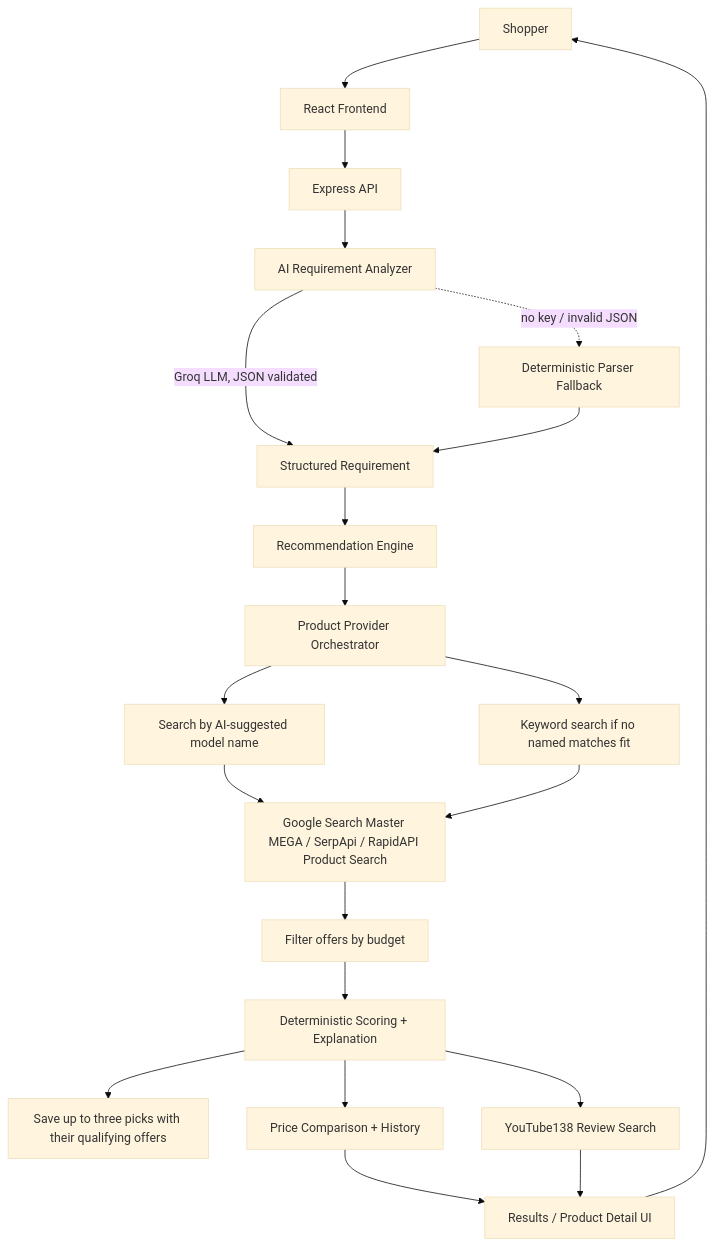
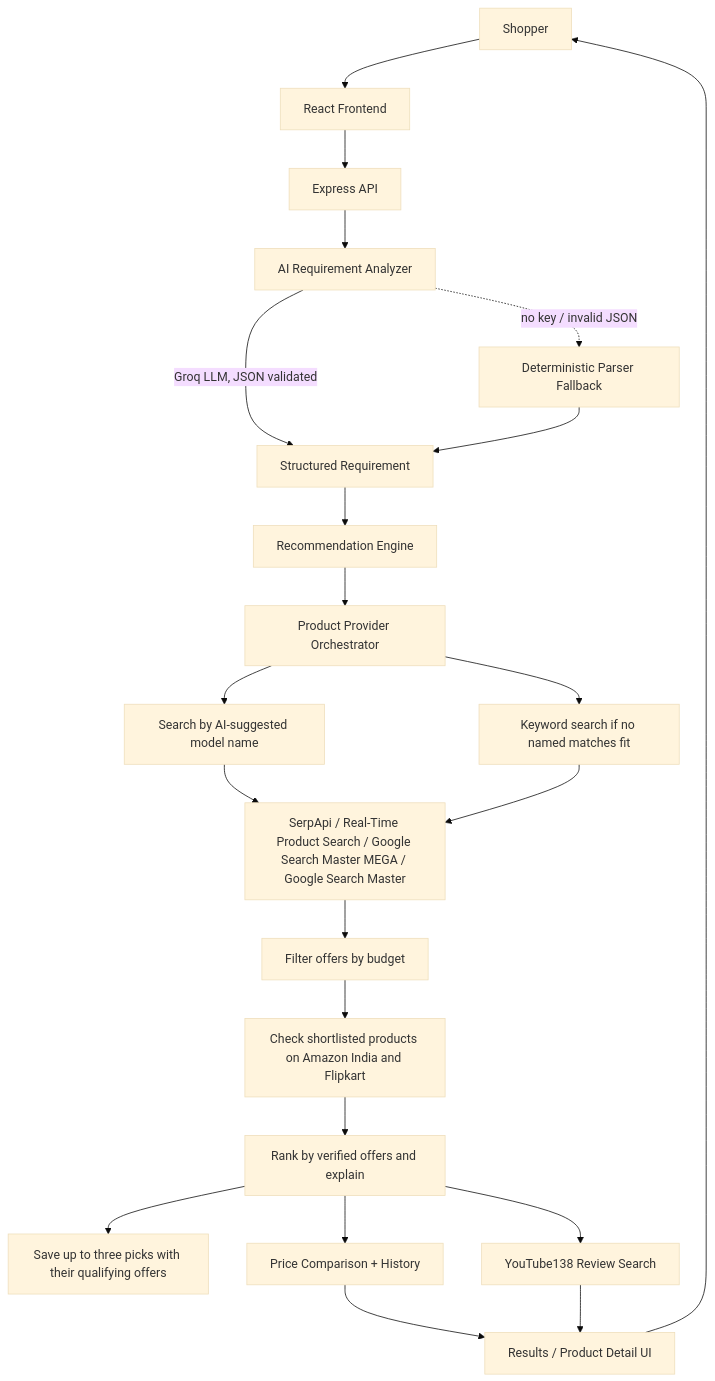
The diagram in README.md (sainathreddy2003/smart-buy), drawn with Mermaid (base theme) before and after one commit. The commit also changed other lines of this file and 21 other files, not shown here.

````diff
--- a/README.md
+++ b/README.md
@@ -74,23 +74,24 @@
 ```mermaid
 graph TD
     User[Shopper] --> FE[React Frontend]
     FE --> API[Express API]
     API --> AI[AI Requirement Analyzer]
     AI -->|Groq LLM, JSON validated| Struct[Structured Requirement]
     AI -.->|no key / invalid JSON| Det[Deterministic Parser Fallback]
     Det --> Struct
     Struct --> REC[Recommendation Engine]
     REC --> PROV[Product Provider Orchestrator]
     PROV --> Names[Search by AI-suggested model name]
-    Names --> Chain[Google Search Master MEGA / SerpApi / RapidAPI Product Search]
+    Names --> Chain[SerpApi / Real-Time Product Search / Google Search Master MEGA / Google Search Master]
     PROV --> Keyword[Keyword search if no named matches fit]
     Keyword --> Chain
     Chain --> Budget[Filter offers by budget]
-    Budget --> Score[Deterministic Scoring + Explanation]
+    Budget --> Quotes[Check shortlisted products on Amazon India and Flipkart]
+    Quotes --> Score[Rank by verified offers and explain]
     Score --> Persist[Save up to three picks with their qualifying offers]
     Score --> Price[Price Comparison + History]
     Score --> YT[YouTube138 Review Search]
     Price --> Results[Results / Product Detail UI]
     YT --> Results
     Results --> User
 ```
````
